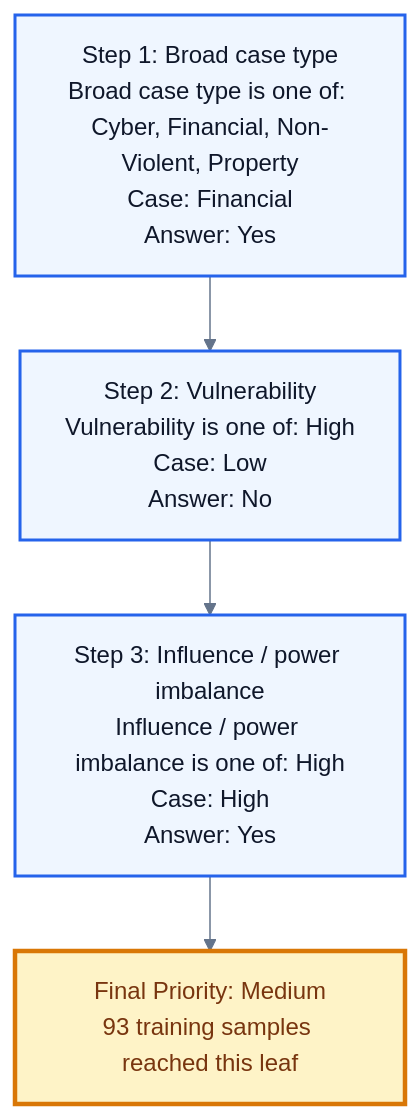
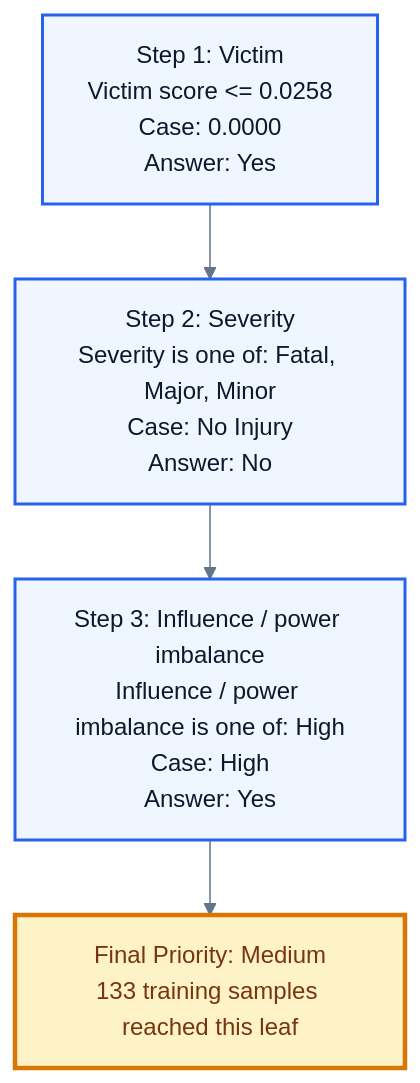
The diagram in case_priority_system/decision_graphs/A_K_Kaimal_vs_Sudarsen_Trading_Co_Ltd_And_Anr_on_1_January_1800_decision_report.md (The-Yesh21/Anavaya-back-end), drawn with Mermaid before and after one commit. The commit also changed other lines of this file and 40 other files, not shown here.

````diff
--- a/case_priority_system/decision_graphs/A_K_Kaimal_vs_Sudarsen_Trading_Co_Ltd_And_Anr_on_1_January_1800_decision_report.md
+++ b/case_priority_system/decision_graphs/A_K_Kaimal_vs_Sudarsen_Trading_Co_Ltd_And_Anr_on_1_January_1800_decision_report.md
@@ -107,13 +107,13 @@
 ```mermaid
 %%{init: {'theme': 'base', 'themeVariables': {'fontFamily': 'Inter, Arial', 'primaryColor': '#F8FAFC', 'primaryTextColor': '#0F172A', 'primaryBorderColor': '#64748B', 'lineColor': '#64748B'}} }%%
 flowchart TD
-  N0["Step 1: Broad case type<br/>Broad case type is one of: Cyber, Financial, Non-Violent, Property<br/>Case: Financial<br/>Answer: Yes"]:::decision
-  N1["Step 2: Vulnerability<br/>Vulnerability is one of: High<br/>Case: Low<br/>Answer: No"]:::decision
+  N0["Step 1: Victim<br/>Victim score <= 0.0258<br/>Case: 0.0000<br/>Answer: Yes"]:::decision
+  N1["Step 2: Severity<br/>Severity is one of: Fatal, Major, Minor<br/>Case: No Injury<br/>Answer: No"]:::decision
   N0 --> N1
   N2["Step 3: Influence / power imbalance<br/>Influence / power imbalance is one of: High<br/>Case: High<br/>Answer: Yes"]:::decision
   N1 --> N2
-  N3["Final Priority: Medium<br/>93 training samples reached this leaf"]:::leaf
+  N3["Final Priority: Medium<br/>133 training samples reached this leaf"]:::leaf
   N2 --> N3
   classDef decision fill:#EFF6FF,stroke:#2563EB,stroke-width:2px,color:#0F172A;
   classDef leaf fill:#FEF3C7,stroke:#D97706,stroke-width:3px,color:#78350F;
 ```
````
